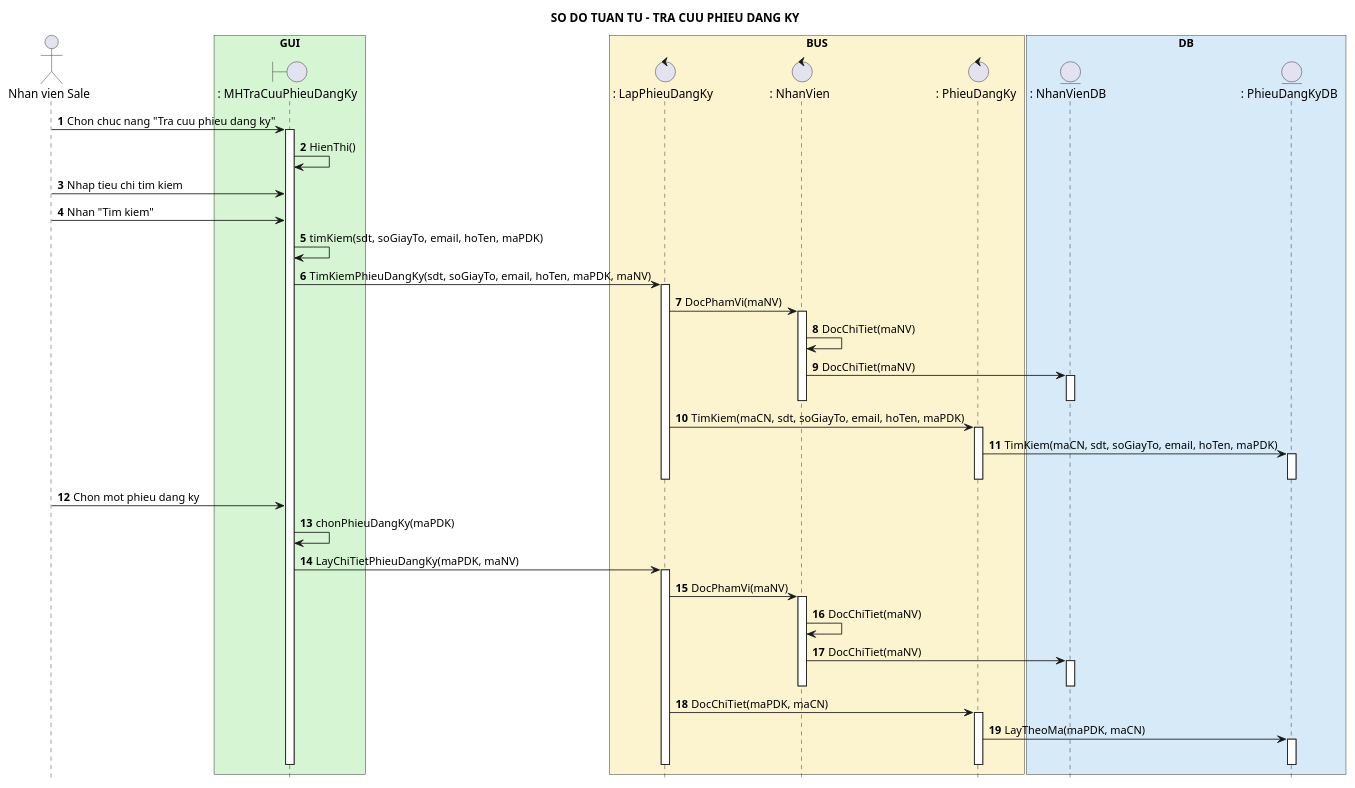
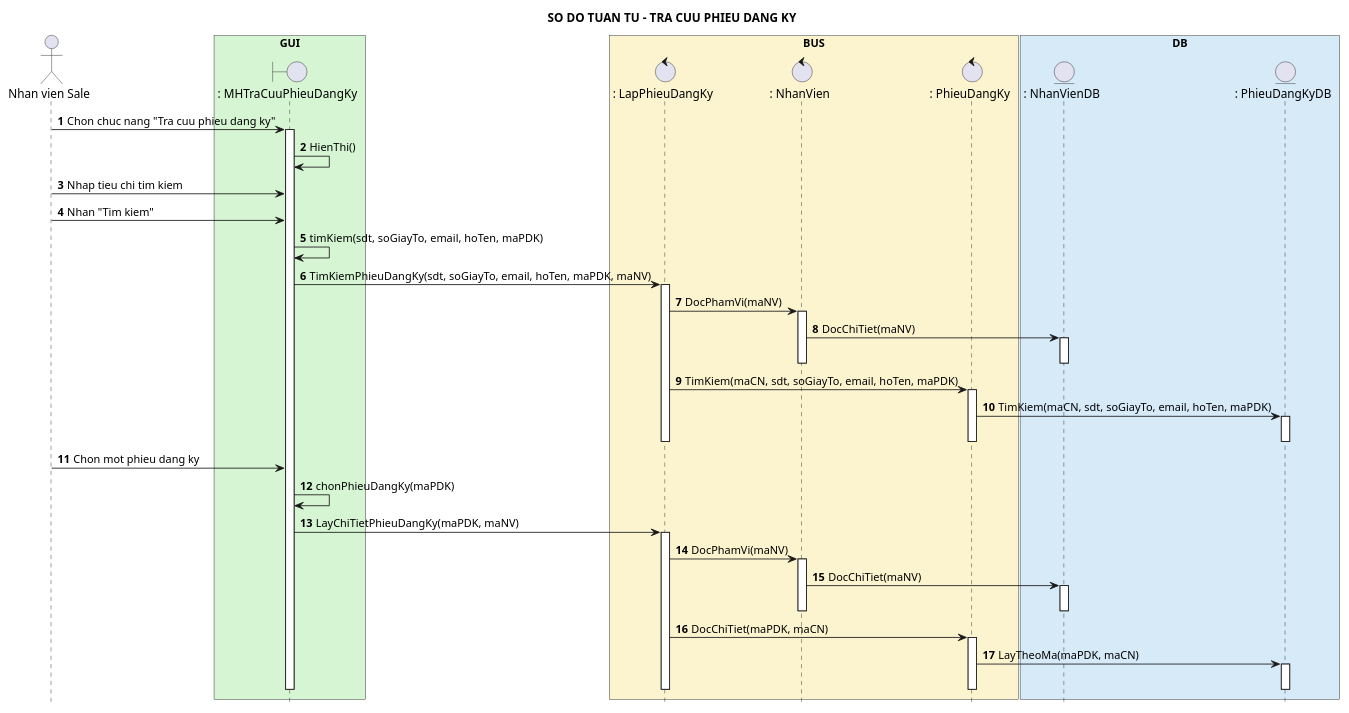
The diagram in docs/uml/tra-cuu-phieu-dang-ky-sequence.puml (Ming1309/HomeStay-Dorm), drawn with PlantUML before and after one commit. The commit also changed 32 other files, not shown here.

Commit message:
docs(uml): add dashboard diagrams and refine consistency check rules

```diff
--- a/docs/uml/tra-cuu-phieu-dang-ky-sequence.puml
+++ b/docs/uml/tra-cuu-phieu-dang-ky-sequence.puml
@@ -1,66 +1,64 @@
 @startuml
 title SO DO TUAN TU - TRA CUU PHIEU DANG KY
 
 hide footbox
 autonumber 1 1
 skinparam shadowing false
 
 actor "Nhan vien Sale" as Sale
 
 box "GUI" #D5F5D3
 boundary ": MHTraCuuPhieuDangKy" as MH
 end box
 box "BUS" #FCF3CF
 control ": LapPhieuDangKy" as UC
 control ": NhanVien" as NV
 control ": PhieuDangKy" as PDK
 end box
 box "DB" #D6EAF8
 entity ": NhanVienDB" as NVDB
 entity ": PhieuDangKyDB" as PDKDB
 end box
 
 Sale -> MH : Chon chuc nang "Tra cuu phieu dang ky"
 activate MH
 MH -> MH : HienThi()
 
 Sale -> MH : Nhap tieu chi tim kiem
 Sale -> MH : Nhan "Tim kiem"
 MH -> MH : timKiem(sdt, soGiayTo, email, hoTen, maPDK)
 MH -> UC : TimKiemPhieuDangKy(sdt, soGiayTo, email, hoTen, maPDK, maNV)
 activate UC
 UC -> NV : DocPhamVi(maNV)
 activate NV
-NV -> NV : DocChiTiet(maNV)
 NV -> NVDB : DocChiTiet(maNV)
 activate NVDB
 deactivate NVDB
 deactivate NV
 UC -> PDK : TimKiem(maCN, sdt, soGiayTo, email, hoTen, maPDK)
 activate PDK
 PDK -> PDKDB : TimKiem(maCN, sdt, soGiayTo, email, hoTen, maPDK)
 activate PDKDB
 deactivate PDKDB
 deactivate PDK
 deactivate UC
 
 Sale -> MH : Chon mot phieu dang ky
 MH -> MH : chonPhieuDangKy(maPDK)
 MH -> UC : LayChiTietPhieuDangKy(maPDK, maNV)
 activate UC
 UC -> NV : DocPhamVi(maNV)
 activate NV
-NV -> NV : DocChiTiet(maNV)
 NV -> NVDB : DocChiTiet(maNV)
 activate NVDB
 deactivate NVDB
 deactivate NV
 UC -> PDK : DocChiTiet(maPDK, maCN)
 activate PDK
 PDK -> PDKDB : LayTheoMa(maPDK, maCN)
 activate PDKDB
 deactivate PDKDB
 deactivate PDK
 deactivate UC
 deactivate MH
 @enduml
```
